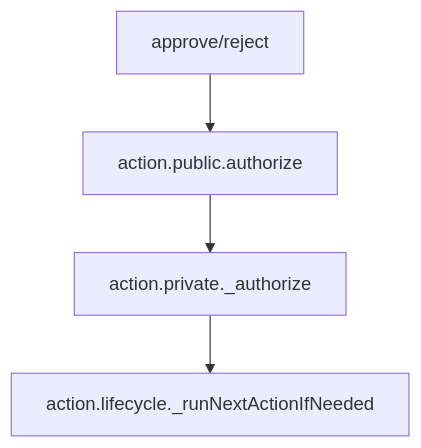
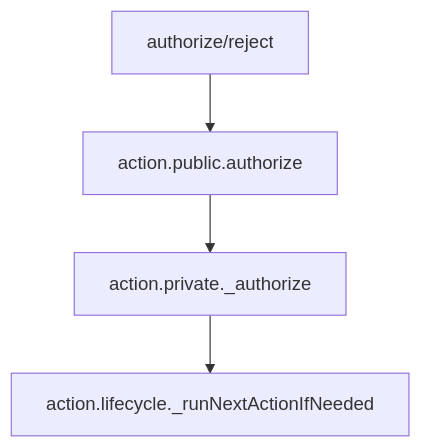
One commit to igor9silva/meseeks changed the seventh of 9 diagrams in tasks/active/action-execution-flow.md. Above: the diagram before and after it, drawn with Mermaid. The commit also changed other lines of this file and 81 other files, not shown here.

````diff
--- a/tasks/active/action-execution-flow.md
+++ b/tasks/active/action-execution-flow.md
@@ -125,6 +125,6 @@
 ```mermaid
 flowchart TD
-    UI[approve/reject] --> AU[action.public.authorize]
+    UI[authorize/reject] --> AU[action.public.authorize]
     AU --> PR[action.private._authorize]
     PR --> RN[action.lifecycle._runNextActionIfNeeded]
 ```
````
